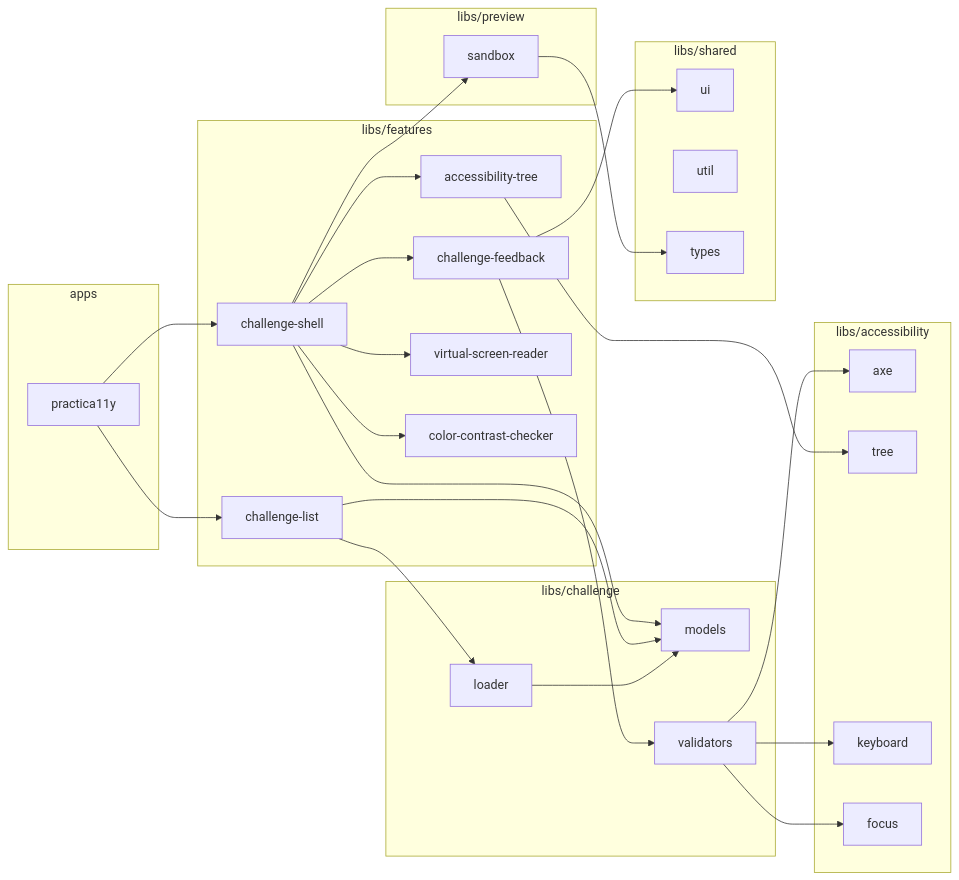
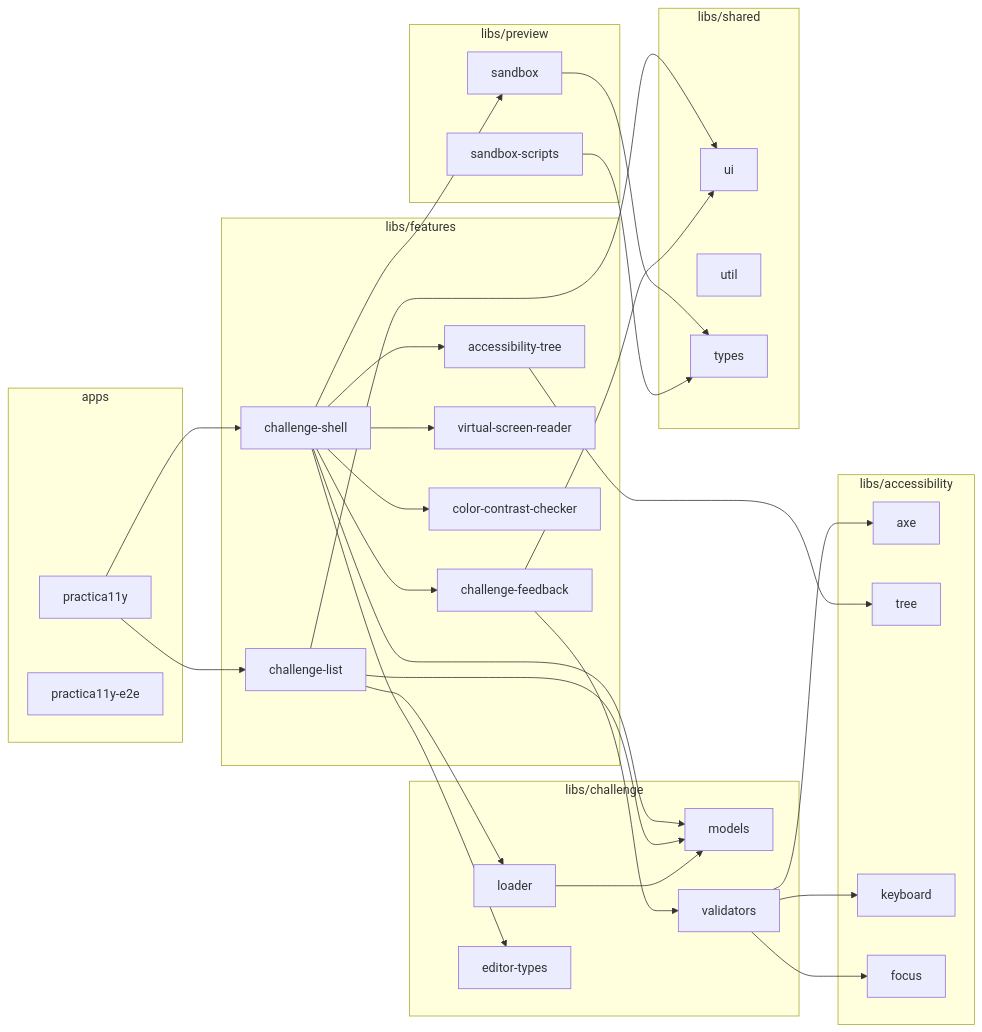
One commit to d-koppenhagen/practica11y changed the second of 2 diagrams in docs/architecture.md. Above: the diagram before and after it, drawn with Mermaid. The commit also changed other lines of this file and 2 other files, not shown here.

First line of the commit message:
docs: enhance architecture documentation and add github-auth-proxy reference

````diff
--- a/docs/architecture.md
+++ b/docs/architecture.md
@@ -42,57 +44,63 @@
 ```mermaid
 graph LR
     subgraph apps
         APP[practica11y]
+        E2E[practica11y-e2e]
     end
 
     subgraph libs/features
         FS[challenge-shell]
         FL[challenge-list]
         FF[challenge-feedback]
         FAT[accessibility-tree]
         FVSR[virtual-screen-reader]
         FCC[color-contrast-checker]
     end
 
     subgraph libs/challenge
         CM[models]
         CL[loader]
         CV[validators]
+        CE[editor-types]
     end
 
     subgraph libs/preview
         PS[sandbox]
+        PSS[sandbox-scripts]
     end
 
     subgraph libs/accessibility
         AX[axe]
         AT[tree]
         AK[keyboard]
         AF[focus]
     end
 
     subgraph libs/shared
         SU[ui]
         SUT[util]
         ST[types]
     end
 
     APP --> FS
     APP --> FL
     FS --> PS
     FS --> FF
     FS --> FAT
     FS --> FVSR
     FS --> FCC
     FS --> CM
+    FS --> CE
     FL --> CM
     FL --> CL
+    FL --> SU
     FF --> CV
+    FF --> SU
     FAT --> AT
     CV --> AX
     CV --> AK
     CV --> AF
     PS --> ST
+    PSS --> ST
     CL --> CM
-    FF --> SU
 ```
````
